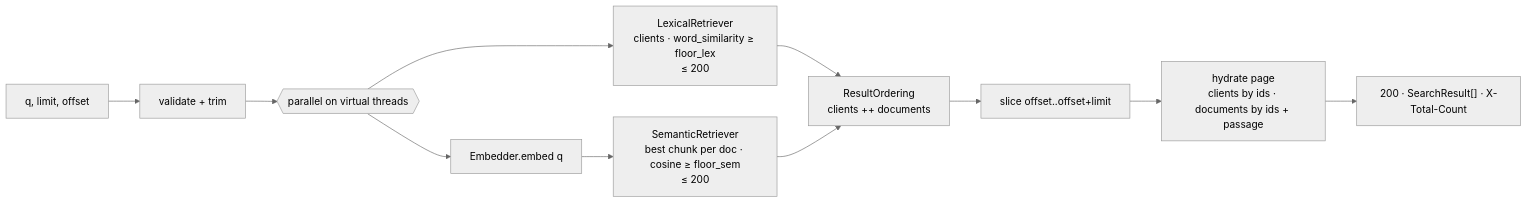
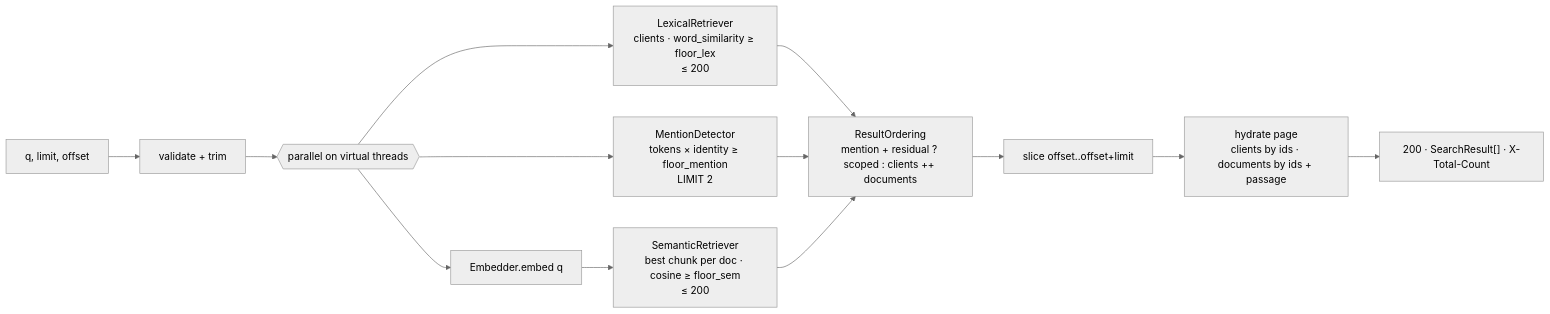
Before and after one commit to TsybulskyStepan/unified-search: the fourth of 5 diagrams in docs/system-design.md, drawn with Mermaid (neutral theme). The commit also changed other lines of this file and 3 other files, not shown here.

````diff
--- a/docs/system-design.md
+++ b/docs/system-design.md
@@ -370,13 +371,15 @@
 ```mermaid
 flowchart LR
     Q["q, limit, offset"] --> V[validate + trim]
     V --> P{{parallel on virtual threads}}
     P --> LR["LexicalRetriever<br/>clients · word_similarity ≥ floor_lex<br/>≤ 200"]
+    P --> MD["MentionDetector<br/>tokens × identity ≥ floor_mention<br/>LIMIT 2"]
     P --> EQ[Embedder.embed q]
     EQ --> SR["SemanticRetriever<br/>best chunk per doc · cosine ≥ floor_sem<br/>≤ 200"]
-    LR --> F["ResultOrdering<br/>clients ++ documents"]
+    LR --> F["ResultOrdering<br/>mention + residual ? scoped : clients ++ documents"]
+    MD --> F
     SR --> F
     F --> S[slice offset..offset+limit]
     S --> H["hydrate page<br/>clients by ids · documents by ids + passage"]
     H --> R["200 · SearchResult[] · X-Total-Count"]
 ```
````
